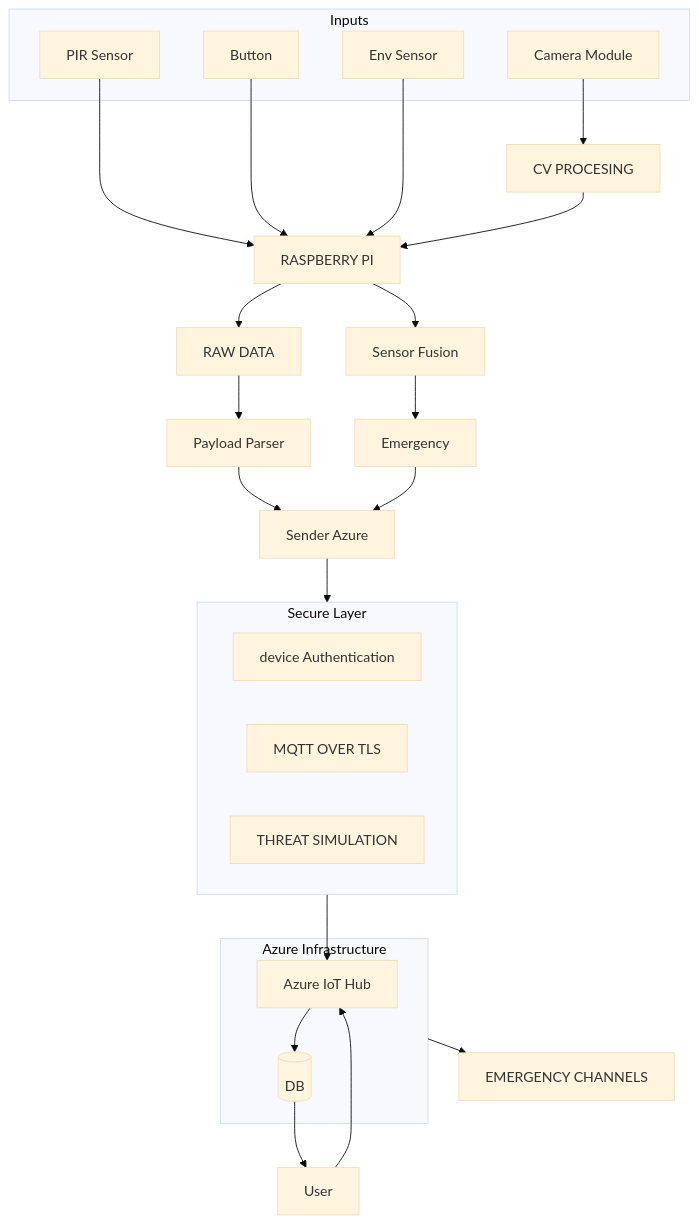
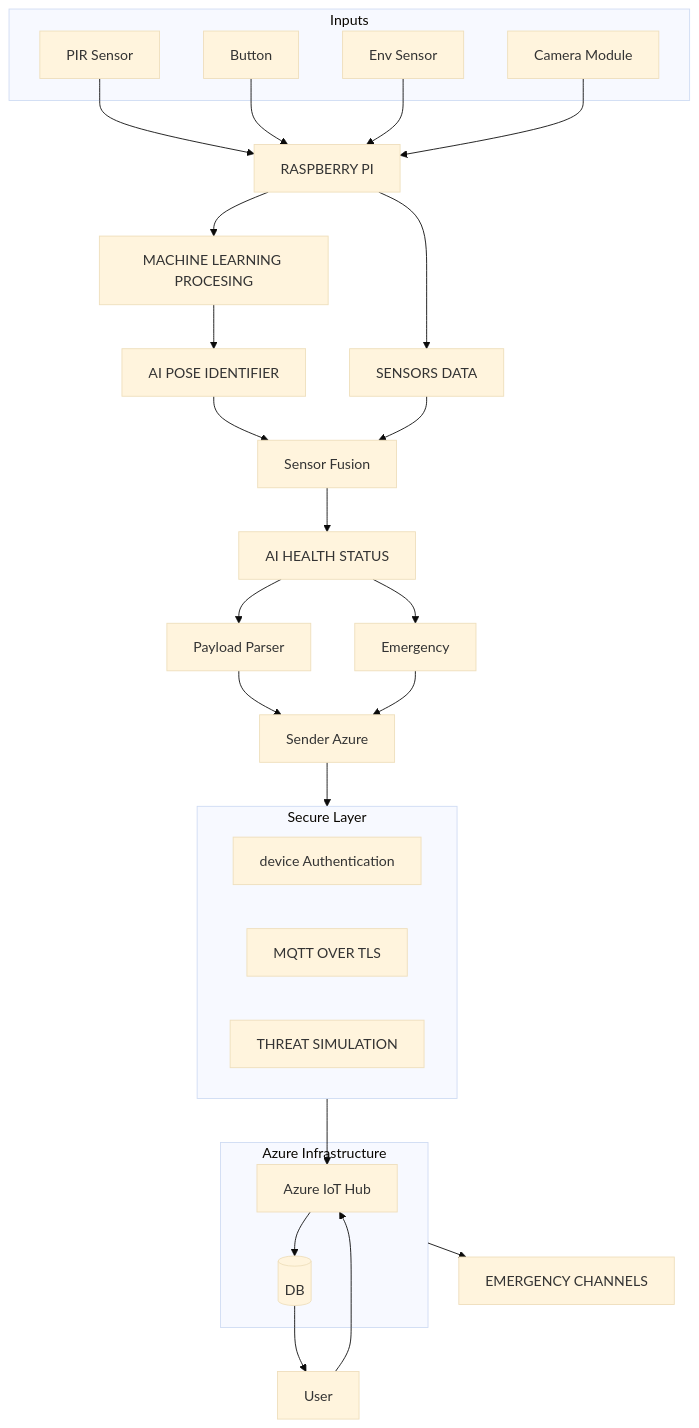
The diagram in HighLevel_Design/componenet_Diagram.mmd (Mohyeldean11/Assistive_IOT_PROJ), drawn with Mermaid (base theme) before and after one commit.

Commit message:
updating the HIGH LEVEL DESIGN

```diff
--- a/HighLevel_Design/componenet_Diagram.mmd
+++ b/HighLevel_Design/componenet_Diagram.mmd
@@ -1,58 +1,62 @@
 graph TD
     %% Sensors
     subgraph Input_Layer [Inputs]
         PIR[PIR Sensor]
         BTN[Button]
         ENV[Env Sensor]
         CAM[Camera Module]
         
     end
 
 
-    CV[CV PROCESING]
-    
+    ML[MACHINE LEARNING PROCESING]
+    AI_1[AI POSE IDENTIFIER]
+    AI_2[AI HEALTH STATUS]
     %% Sensors
     subgraph SECURE [Secure Layer]
         AUTH[device Authentication]
         MQTT[MQTT OVER TLS]
         THREAT[THREAT  SIMULATION]
     end
 
     %% Logic
     RP[RASPBERRY PI]
     EMG[Emergency]
     SF[Sensor Fusion]
     PP[Payload Parser]
     SA[Sender Azure]
-    RAW[RAW DATA]
+    RAW[SENSORS DATA]
 
     %% Cloud
     subgraph Azure_Cloud [Azure Infrastructure]
         HUB[Azure IoT Hub]
         DB[(DB)]
     end
 
     USER[User]
 
     %% Connections
     PIR --> RP
     BTN --> RP
     ENV --> RP
-    CAM--> CV
-    CV--> RP
-    RP --> SF
+    CAM--> RP
+    RP --> ML
+    ML --> AI_1
+    AI_1 -->SF
     RP --> RAW
-    RAW--> PP
+    RAW--> SF
     
-    SF --> EMG
+    SF --> AI_2
+    AI_2 -->PP
+    AI_2 -->EMG
     PP --> SA
     EMG --> SA
     
     SA --> SECURE
     SECURE --> HUB
 
     HUB --> DB
     DB --> USER
     USER --> HUB
     EM[EMERGENCY CHANNELS]
     Azure_Cloud -->EM
```
